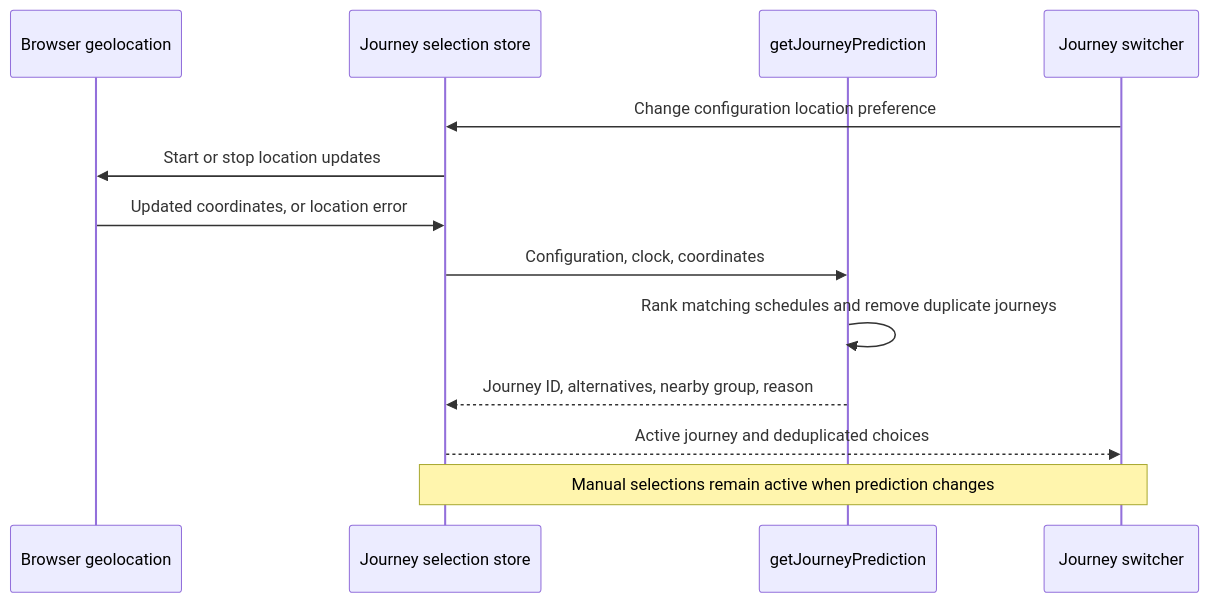
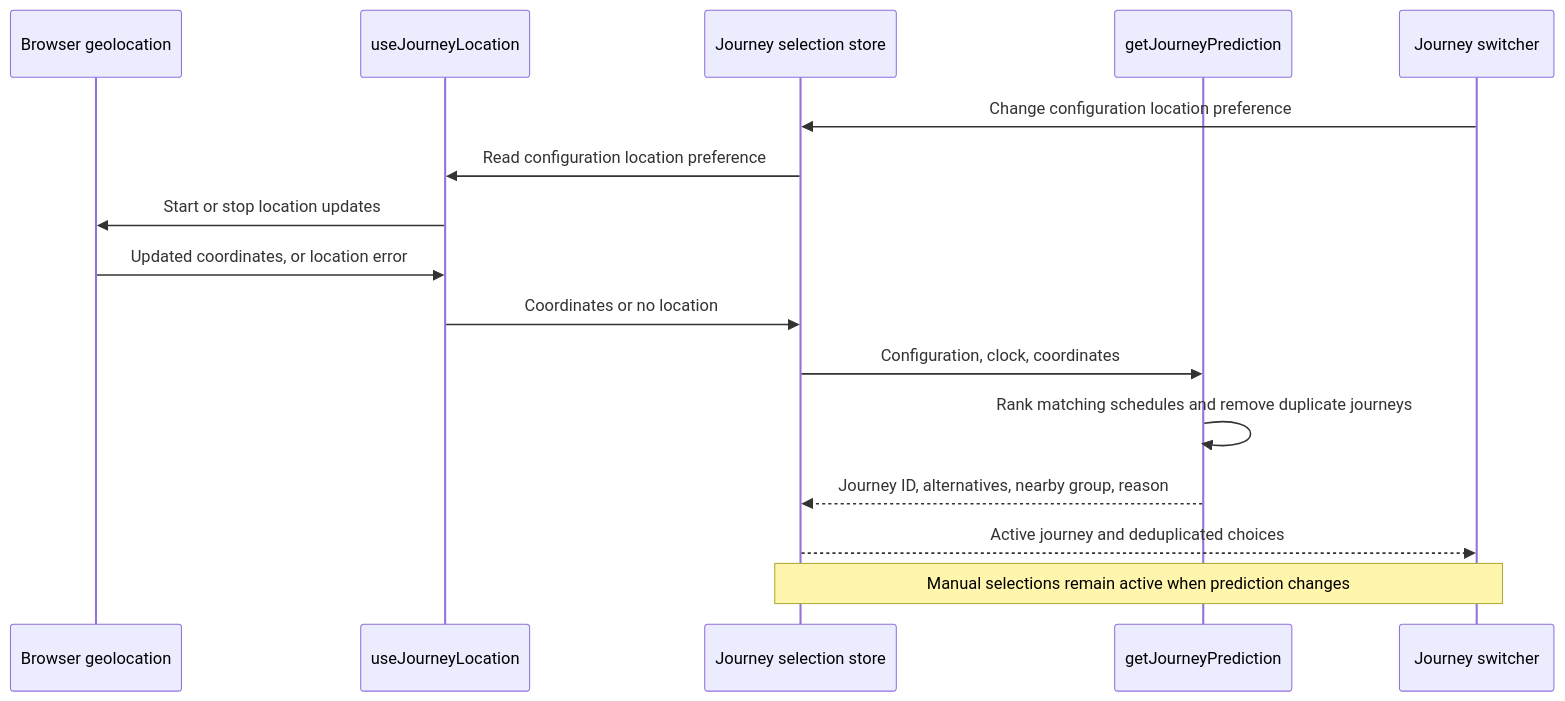
One commit to nd9600/trainDashboard changed the second of 4 diagrams in docs/journey-selection.md. Above: the diagram before and after it, drawn with Mermaid. The commit also changed other lines of this file and 109 other files, not shown here.

````diff
--- a/docs/journey-selection.md
+++ b/docs/journey-selection.md
@@ -38,15 +38,18 @@
 ```mermaid
 sequenceDiagram
     participant Browser as Browser geolocation
+    participant Location as useJourneyLocation
     participant Store as Journey selection store
     participant Prediction as getJourneyPrediction
     participant UI as Journey switcher
     UI->>Store: Change configuration location preference
-    Store->>Browser: Start or stop location updates
-    Browser->>Store: Updated coordinates, or location error
+    Store->>Location: Read configuration location preference
+    Location->>Browser: Start or stop location updates
+    Browser->>Location: Updated coordinates, or location error
+    Location->>Store: Coordinates or no location
     Store->>Prediction: Configuration, clock, coordinates
     Prediction->>Prediction: Rank matching schedules and remove duplicate journeys
     Prediction-->>Store: Journey ID, alternatives, nearby group, reason
     Store-->>UI: Active journey and deduplicated choices
     Note over Store,UI: Manual selections remain active when prediction changes
 ```
````
